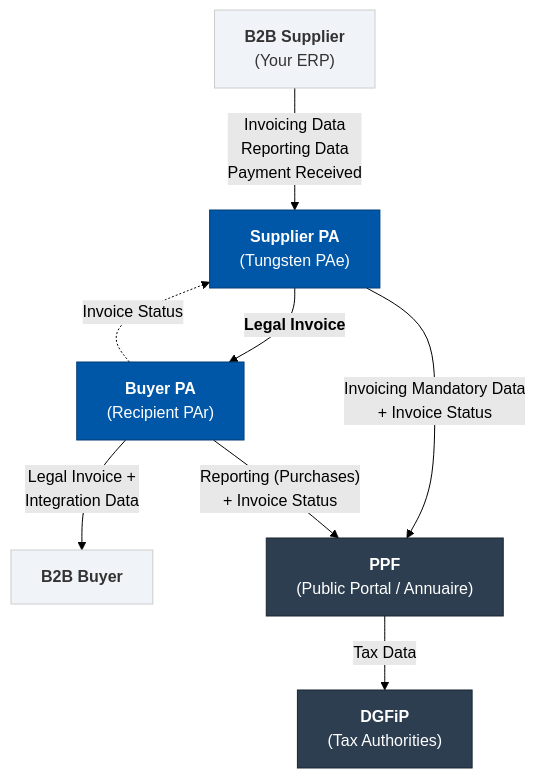
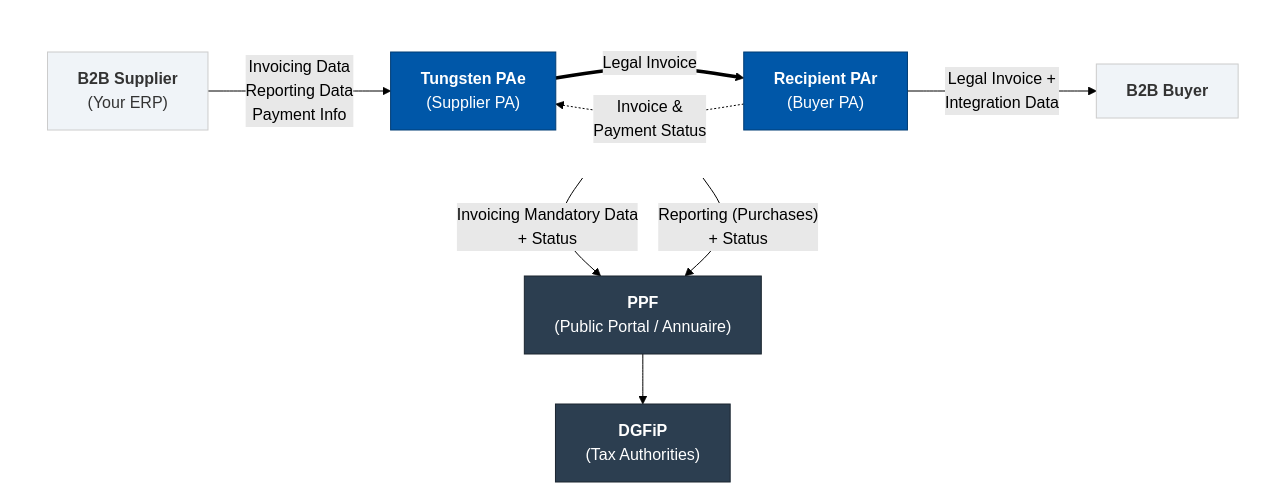
Before and after one commit to eps-metal/France: the diagram in docs/france-einvoicing-solution.md, drawn with Mermaid (forest theme).

Commit message:
fix: reshape Mermaid Y-model to actual Y layout
Use subgraph with direction LR for the horizontal PA-to-PA bar at
the top, then both PAs converge down to PPF/DGFiP forming the stem.
Invisible subgraph border keeps the top row spread wide.

````diff
--- a/docs/france-einvoicing-solution.md
+++ b/docs/france-einvoicing-solution.md
@@ -26,19 +26,22 @@
 ```mermaid
-graph TD
-    S["<b>B2B Supplier</b><br/>(Your ERP)"] -->|"Invoicing Data<br/>Reporting Data<br/>Payment Received"| PAe["<b>Supplier PA</b><br/>(Tungsten PAe)"]
-    PAe -- "<b>Legal Invoice</b>" --> PAr["<b>Buyer PA</b><br/>(Recipient PAr)"]
-    PAr -. "Invoice Status" .-> PAe
-    PAr -->|"Legal Invoice +<br/>Integration Data"| B["<b>B2B Buyer</b>"]
+graph TB
+    subgraph top [" "]
+        direction LR
+        S["<b>B2B Supplier</b><br/>(Your ERP)"] -->|"Invoicing Data<br/>Reporting Data<br/>Payment Info"| PAe["<b>Tungsten PAe</b><br/>(Supplier PA)"]
+        PAe ==>|"Legal Invoice"| PAr["<b>Recipient PAr</b><br/>(Buyer PA)"]
+        PAr -.->|"Invoice &<br/>Payment Status"| PAe
+        PAr -->|"Legal Invoice +<br/>Integration Data"| B["<b>B2B Buyer</b>"]
+    end
 
-    PAe -->|"Invoicing Mandatory Data<br/>+ Invoice Status"| PPF["<b>PPF</b><br/>(Public Portal / Annuaire)"]
-    PAr -->|"Reporting (Purchases)<br/>+ Invoice Status"| PPF
+    PAe -->|"Invoicing Mandatory Data<br/>+ Status"| PPF["<b>PPF</b><br/>(Public Portal / Annuaire)"]
+    PAr -->|"Reporting (Purchases)<br/>+ Status"| PPF
+    PPF --> DG["<b>DGFiP</b><br/>(Tax Authorities)"]
 
-    PPF -->|"Tax Data"| DG["<b>DGFiP</b><br/>(Tax Authorities)"]
-
+    style top fill:none,stroke:none
     style PAe fill:#0057a8,color:#fff,stroke:#003d75
     style PAr fill:#0057a8,color:#fff,stroke:#003d75
     style PPF fill:#2c3e50,color:#fff,stroke:#1a252f
     style DG fill:#2c3e50,color:#fff,stroke:#1a252f
     style S fill:#f0f4f8,color:#333,stroke:#ccc
     style B fill:#f0f4f8,color:#333,stroke:#ccc
 ```
````
